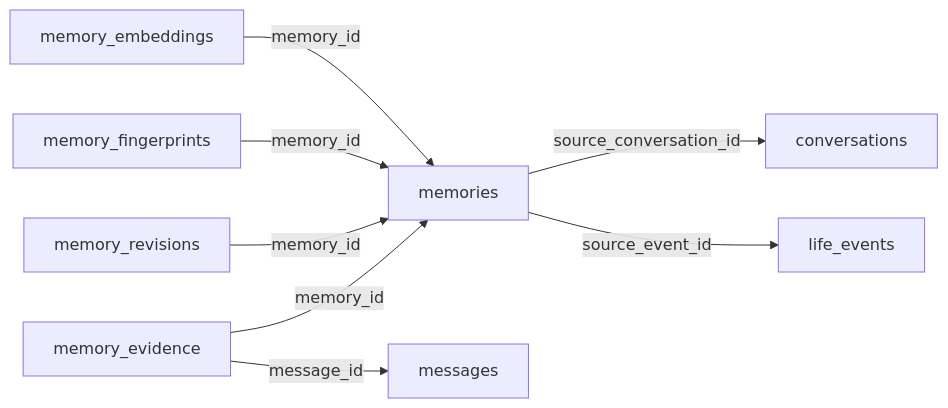
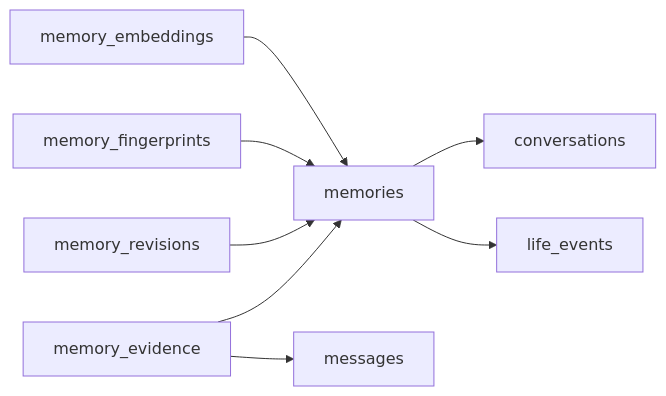
One commit to yangjinming1062/SpiritAgent changed the eighth of 8 diagrams in docs/DATABASE.md. Above: the diagram before and after it, drawn with Mermaid. The commit also changed other lines of this file and 36 other files, not shown here.

````diff
--- a/docs/DATABASE.md
+++ b/docs/DATABASE.md
@@ -183,10 +143,10 @@
 ```mermaid
 flowchart LR
-    memories -->|source_conversation_id| conversations
-    memories -->|source_event_id| life_events
-    memory_evidence -->|memory_id| memories
-    memory_evidence -->|message_id| messages
-    memory_revisions -->|memory_id| memories
-    memory_fingerprints -->|memory_id| memories
-    memory_embeddings -->|memory_id| memories
+    memories --> conversations
+    memories --> life_events
+    memory_evidence --> memories
+    memory_evidence --> messages
+    memory_revisions --> memories
+    memory_fingerprints --> memories
+    memory_embeddings --> memories
 ```
````
